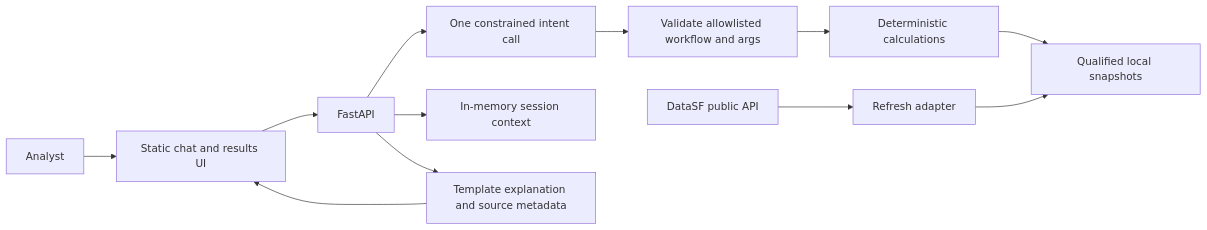
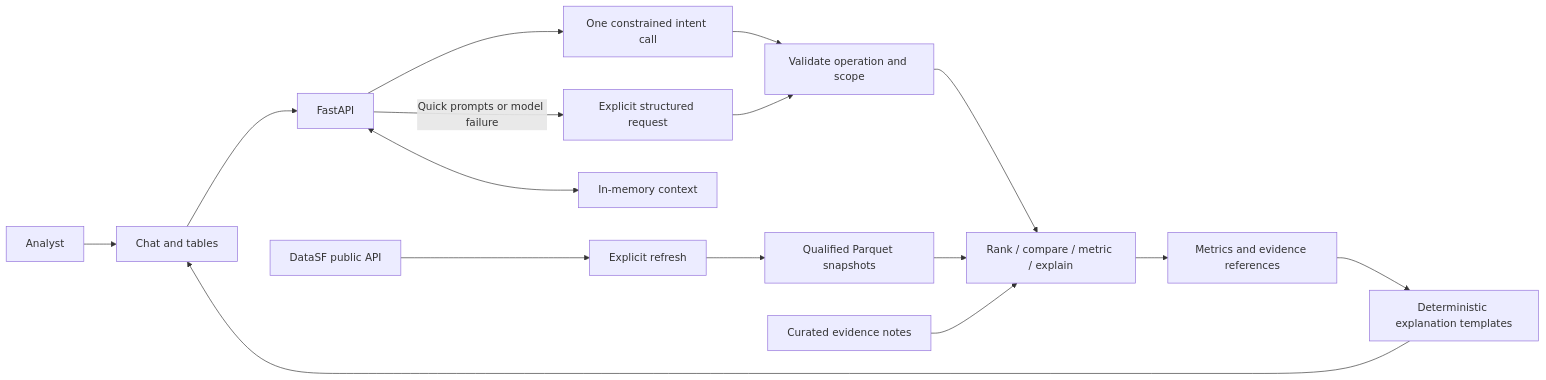
One commit to Bar-Bettash/deloitte-home-assignment changed the first of 2 diagrams in README.md. Above: the diagram before and after it, drawn with Mermaid. The commit also changed other lines of this file, not shown here.

First line of the commit message:
Fix mission fit of lean airport analyst plan

````diff
--- a/README.md
+++ b/README.md
@@ -52,14 +36,18 @@
-~~~mermaid
+```mermaid
 flowchart LR
-    U[Analyst] --> UI[Static chat and results UI]
+    User[Analyst] --> UI[Chat and tables]
     UI --> API[FastAPI]
-    API --> INTENT[One constrained intent call]
-    INTENT --> VALIDATE[Validate allowlisted workflow and args]
-    VALIDATE --> CALC[Deterministic calculations]
-    CALC --> SNAP[Qualified local snapshots]
-    API --> SESSION[In-memory session context]
-    API --> RESP[Template explanation and source metadata]
-    RESP --> UI
-    DATASF[DataSF public API] --> REFRESH[Refresh adapter]
-    REFRESH --> SNAP
-~~~
+    API --> Intent[One constrained intent call]
+    Intent --> Validate[Validate operation and scope]
+    API -->|Quick prompts or model failure| Explicit[Explicit structured request]
+    Explicit --> Validate
+    Validate --> Calc[Rank / compare / metric / explain]
+    Data[Qualified Parquet snapshots] --> Calc
+    Notes[Curated evidence notes] --> Calc
+    Calc --> Result[Metrics and evidence references]
+    Result --> Render[Deterministic explanation templates]
+    Render --> UI
+    API <--> Session[In-memory context]
+    Public[DataSF public API] --> Refresh[Explicit refresh]
+    Refresh --> Data
+```
````
